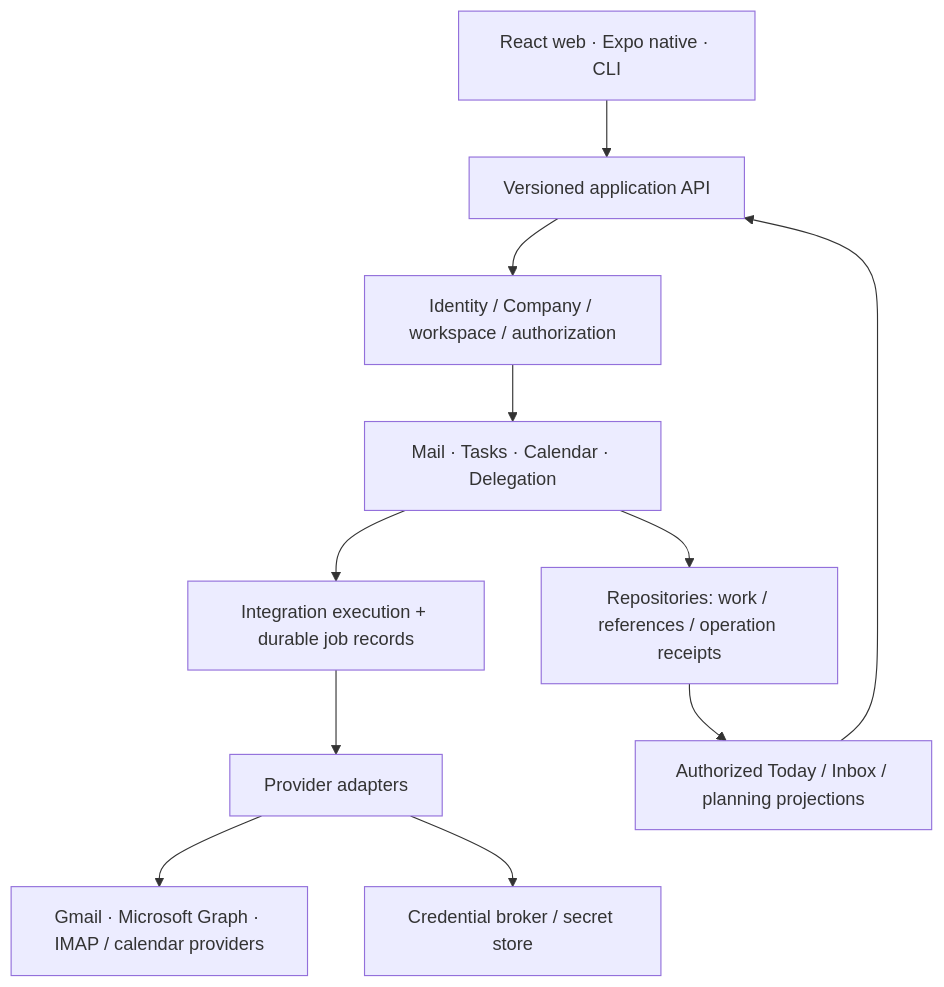
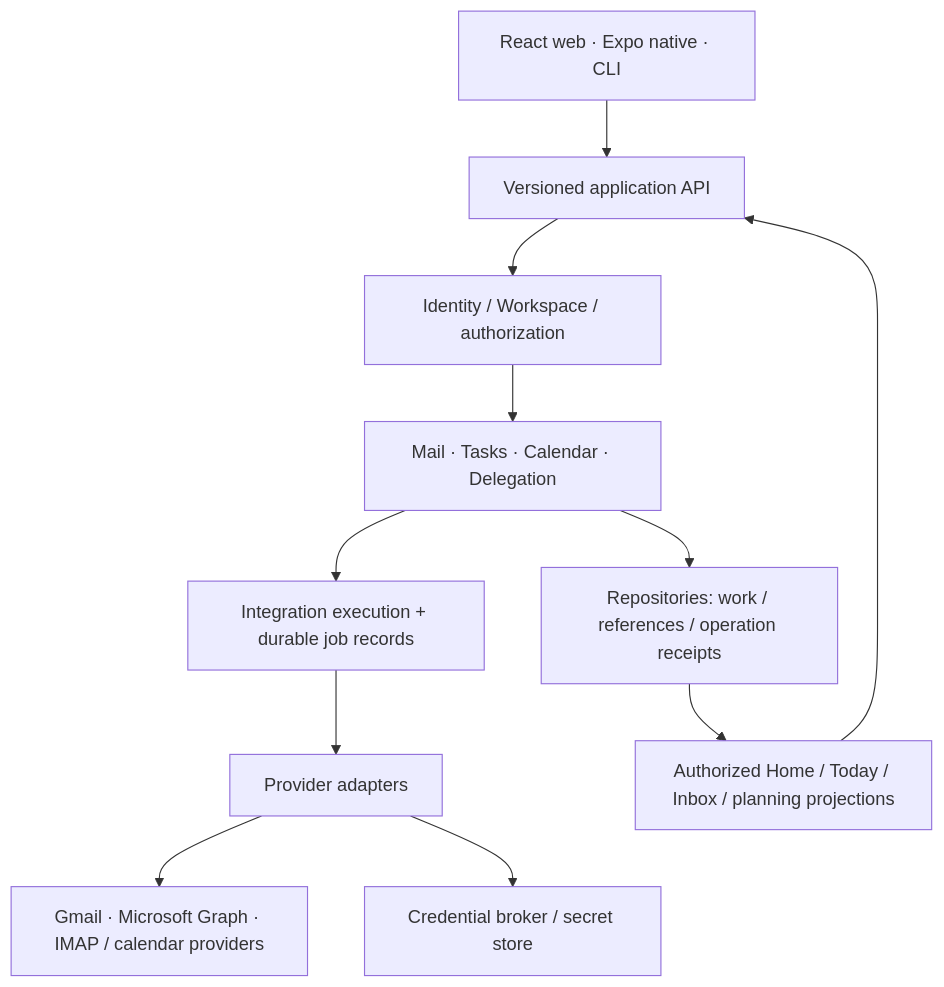
One commit to scwlkr/openjob changed the second of 2 diagrams in docs/PLATFORM_ARCHITECTURE.md. Above: the diagram before and after it, drawn with Mermaid. The commit also changed other lines of this file and 19 other files, not shown here.

Commit message:
docs(WLK-310): reconcile owner-confirmed workspace architecture

````diff
--- a/docs/PLATFORM_ARCHITECTURE.md
+++ b/docs/PLATFORM_ARCHITECTURE.md
@@ -107,13 +109,13 @@
 ```mermaid
 flowchart TB
   Clients[React web · Expo native · CLI] --> API[Versioned application API]
-  API --> Auth[Identity / Company / workspace / authorization]
+  API --> Auth[Identity / Workspace / authorization]
   Auth --> Domains[Mail · Tasks · Calendar · Delegation]
   Domains --> Store[Repositories: work / references / operation receipts]
   Domains --> Jobs[Integration execution + durable job records]
   Jobs --> Connectors[Provider adapters]
   Connectors --> External[Gmail · Microsoft Graph · IMAP / calendar providers]
   Connectors --> Vault[Credential broker / secret store]
-  Store --> Views[Authorized Today / Inbox / planning projections]
+  Store --> Views[Authorized Home / Today / Inbox / planning projections]
   Views --> API
 ```
````
